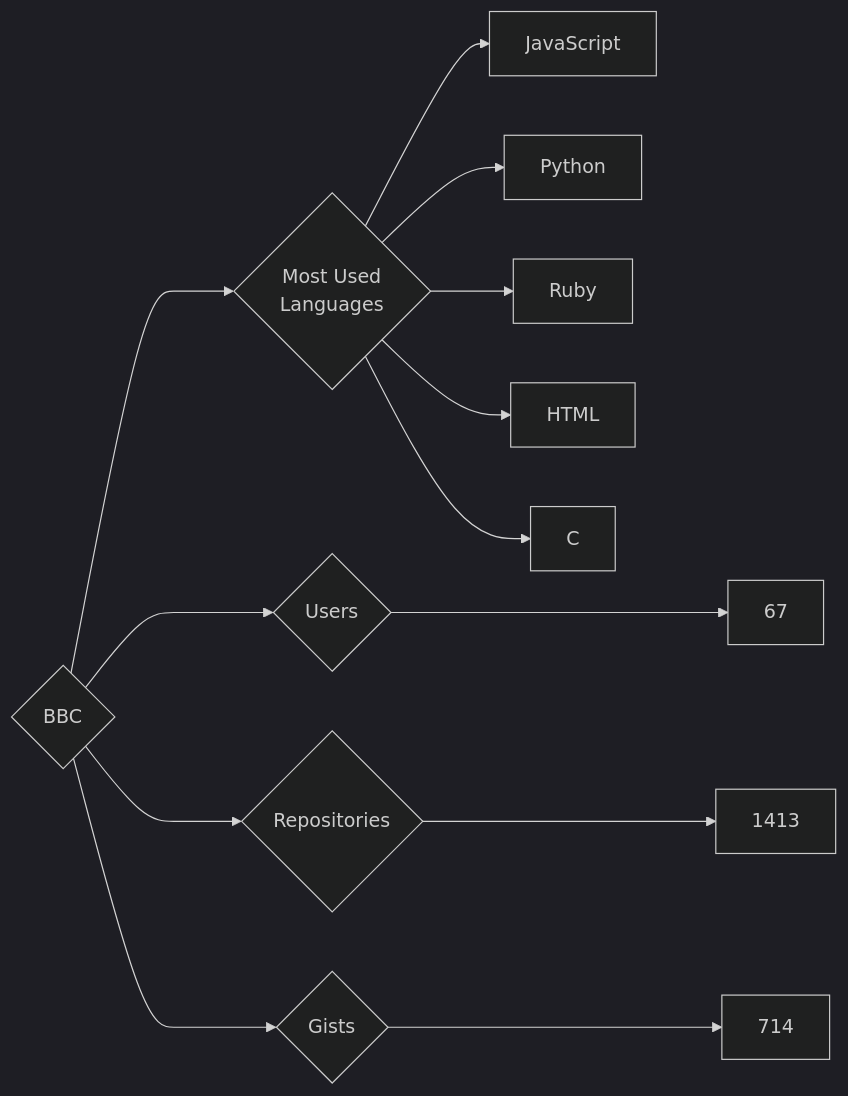
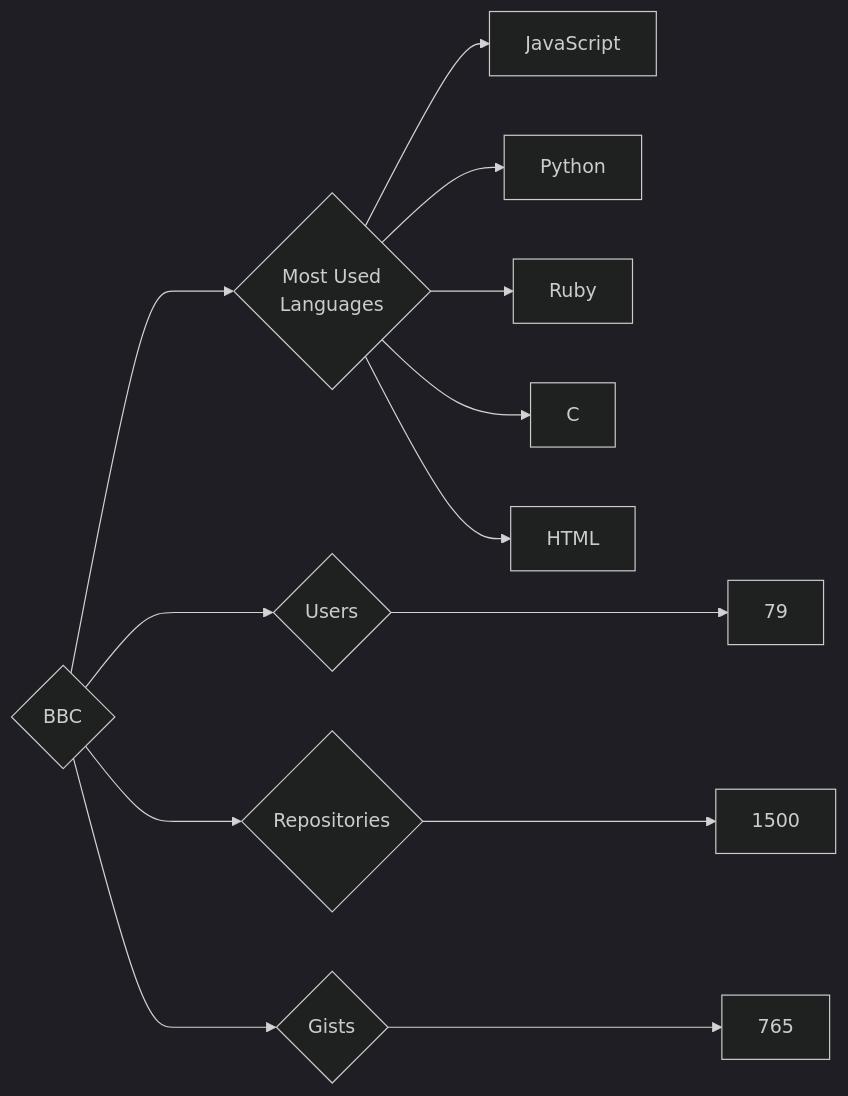
Before and after one commit to trickest/insiders: the diagram in targets/BBC/README.md, drawn with Mermaid (dark theme). The commit also changed 912 other files, not shown here.

````diff
--- a/targets/BBC/README.md
+++ b/targets/BBC/README.md
@@ -3,13 +3,13 @@
 ```mermaid
 graph LR
 COMPANY_NAME{BBC}
-COMPANY_NAME ---> U{Users} ---> UN[67]
-COMPANY_NAME ---> R{Repositories} ---> RN[1413]
-COMPANY_NAME ---> G{Gists} ---> GN[714]
+COMPANY_NAME ---> U{Users} ---> UN[79]
+COMPANY_NAME ---> R{Repositories} ---> RN[1500]
+COMPANY_NAME ---> G{Gists} ---> GN[765]
 COMPANY_NAME ---> ML{Most Used<br>Languages}
 ML --> JavaScript[JavaScript]
 ML --> Python[Python]
 ML --> Ruby[Ruby]
+ML --> C[C]
 ML --> HTML[HTML]
-ML --> C[C]
 ```
````
